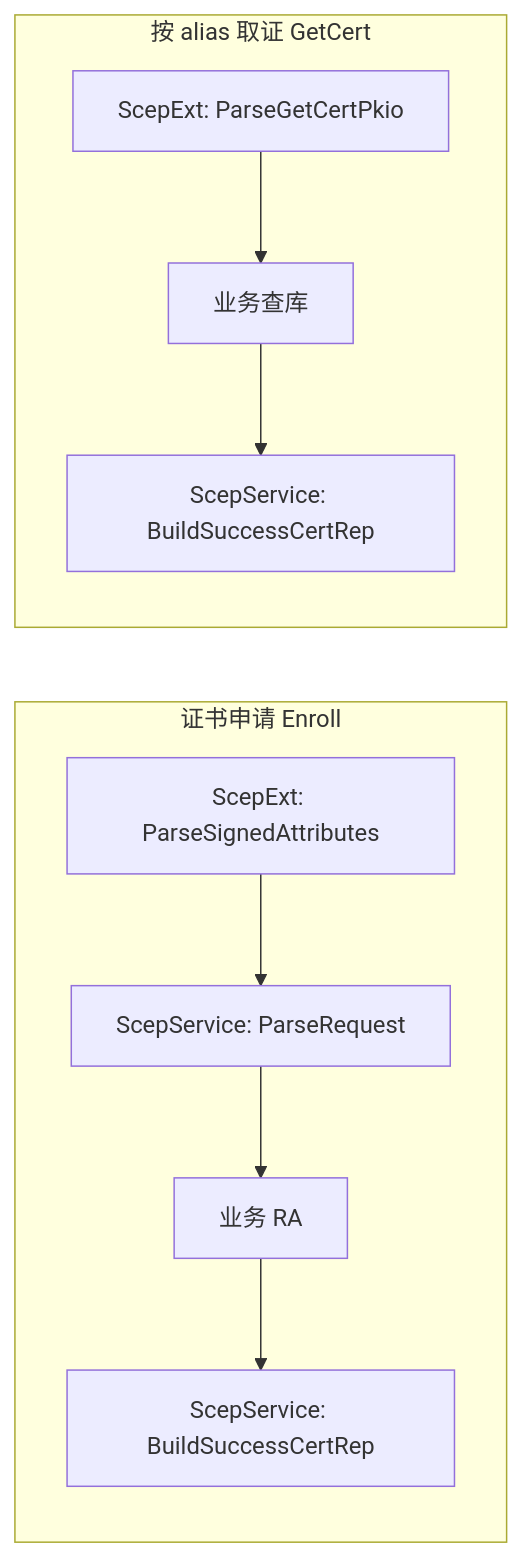
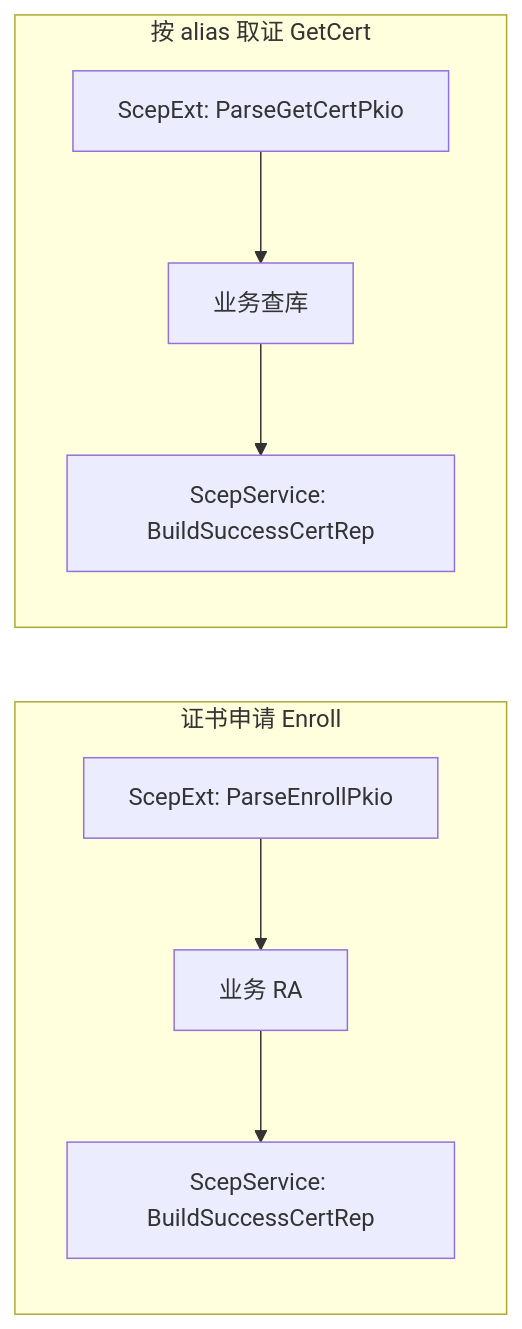
Before and after one commit to LeefMagnet/CryptoOffloadService: the eighth of 8 diagrams in docs/API.md, drawn with Mermaid. The commit also changed other lines of this file and 12 other files, not shown here.

First line of the commit message:
Add ParseEnrollPkio and remove HTTP from ScepExtService.

````diff
--- a/docs/API.md
+++ b/docs/API.md
@@ -736,12 +735,11 @@
 ```mermaid
 flowchart LR
   subgraph Enroll["证书申请 Enroll"]
-    A1[ScepExt: ParseSignedAttributes] --> A2[ScepService: ParseRequest]
-    A2 --> RA[业务 RA]
-    RA --> A3[ScepService: BuildSuccessCertRep]
+    A1[ScepExt: ParseEnrollPkio] --> RA[业务 RA]
+    RA --> A2[ScepService: BuildSuccessCertRep]
   end
   subgraph GetCert["按 alias 取证 GetCert"]
     B1[ScepExt: ParseGetCertPkio] --> B2[业务查库]
     B2 --> B3[ScepService: BuildSuccessCertRep]
   end
 ```
````
